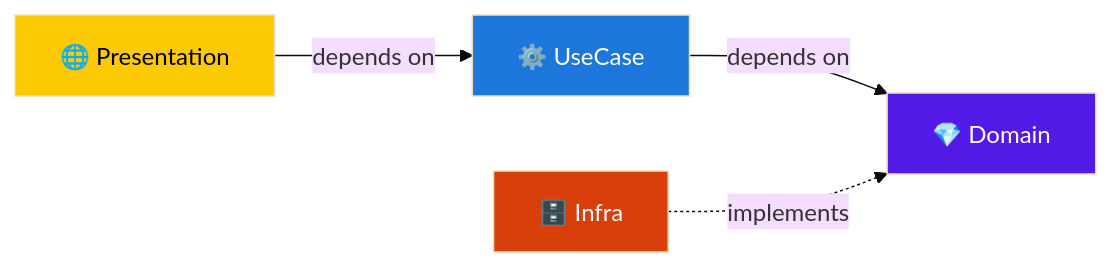
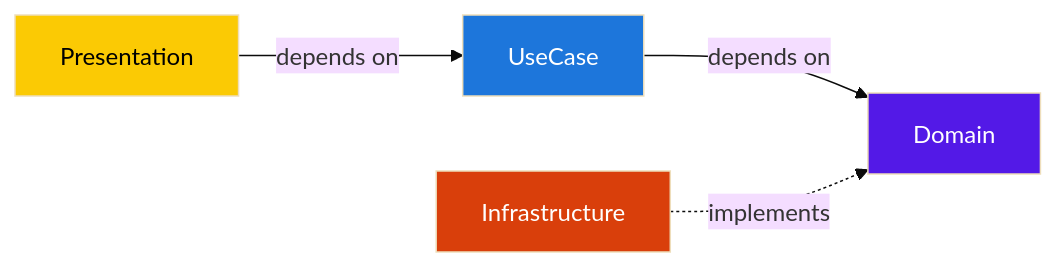
Before and after one commit to nemonsoon/ddd-issue-tracker: the diagram in README.md, drawn with Mermaid (base theme). The commit also changed other lines of this file and 1 other file, not shown here.

````diff
--- a/README.md
+++ b/README.md
@@ -50,11 +25,11 @@
 ```mermaid
 graph LR
-    P[🌐 Presentation] -->|depends on| U[⚙️ UseCase]
-    U -->|depends on| D[💎 Domain]
-    I[🗄️ Infra] -.->|implements| D
+    P[Presentation] -->|depends on| U[UseCase]
+    U -->|depends on| D[Domain]
+    I[Infrastructure] -.->|implements| D
 
     style D fill:#5319E7,color:#fff
     style U fill:#1D76DB,color:#fff
     style I fill:#D93F0B,color:#fff
     style P fill:#FBCA04,color:#000
 ```
````
